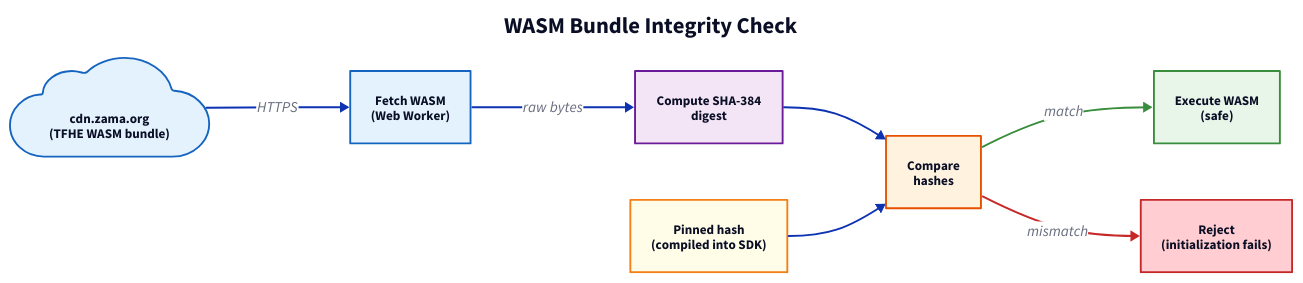
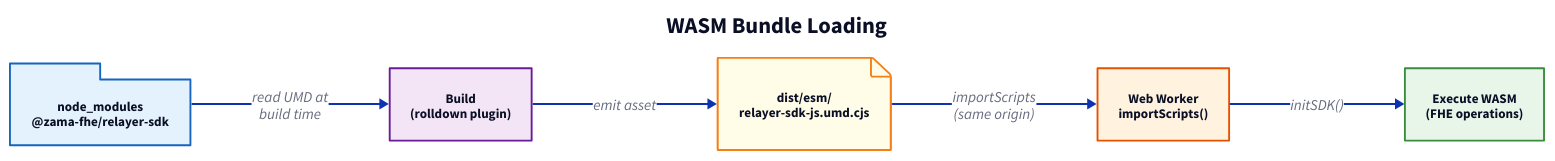
The diagram in docs/diagrams/security-wasm-integrity.d2 (zama-ai/sdk), drawn with D2 before and after one commit. The commit also changed 5 other files, not shown here.

```diff
--- a/docs/diagrams/security-wasm-integrity.d2
+++ b/docs/diagrams/security-wasm-integrity.d2
@@ -1,67 +1,49 @@
 direction: right
 
 title: {
-  label: "WASM Bundle Integrity Check"
+  label: "WASM Bundle Loading"
   near: top-center
   shape: text
   style.font-size: 24
   style.bold: true
 }
 
 # --- Flow ---
-cdn: "cdn.zama.org\n(TFHE WASM bundle)" {
-  shape: cloud
+npm: "node_modules\n@zama-fhe/relayer-sdk" {
+  shape: package
   style.fill: "#E3F2FD"
   style.stroke: "#1565C0"
   style.font-size: 14
 }
 
-fetch: "Fetch WASM\n(Web Worker)" {
-  style.fill: "#E3F2FD"
-  style.stroke: "#1565C0"
-  style.font-size: 14
-}
-
-sha384: "Compute SHA-384\ndigest" {
+build: "Build\n(rolldown plugin)" {
   style.fill: "#F3E5F5"
   style.stroke: "#6A1B9A"
   style.font-size: 14
 }
 
-pinned: "Pinned hash\n(compiled into SDK)" {
+dist: "dist/esm/\nrelayer-sdk-js.umd.cjs" {
+  shape: page
   style.fill: "#FFFDE7"
   style.stroke: "#F57F17"
   style.font-size: 14
 }
 
-compare: "Compare\nhashes" {
+worker: "Web Worker\nimportScripts()" {
   style.fill: "#FFF3E0"
   style.stroke: "#E65100"
   style.font-size: 14
 }
 
-match: "Execute WASM\n(safe)" {
+wasm: "Execute WASM\n(FHE operations)" {
   style.fill: "#E8F5E9"
   style.stroke: "#388E3C"
   style.font-size: 14
   style.bold: true
 }
 
-reject: "Reject\n(initialization fails)" {
-  style.fill: "#FFCDD2"
-  style.stroke: "#C62828"
-  style.font-size: 14
-  style.bold: true
-}
-
 # --- Connections ---
-cdn -> fetch: "HTTPS"
-fetch -> sha384: "raw bytes"
-sha384 -> compare
-pinned -> compare
-compare -> match: "match" {
-  style.stroke: "#388E3C"
-}
-compare -> reject: "mismatch" {
-  style.stroke: "#C62828"
-}
+npm -> build: "read UMD at\nbuild time"
+build -> dist: "emit asset"
+dist -> worker: "importScripts\n(same origin)"
+worker -> wasm: "initSDK()"
```
